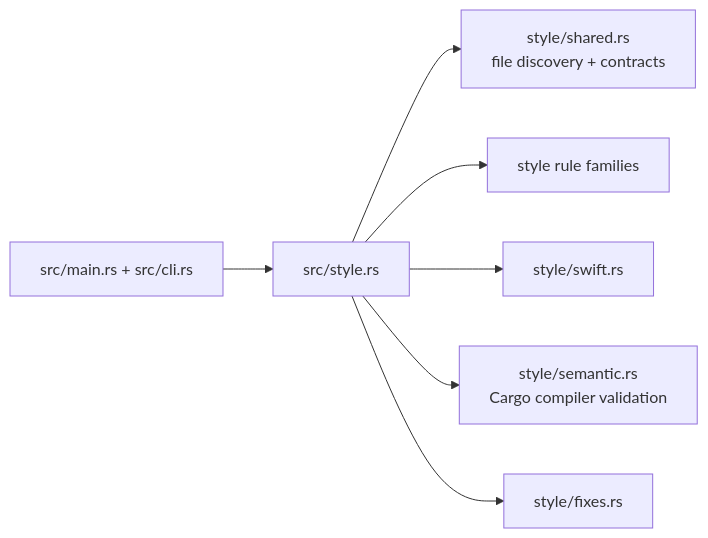
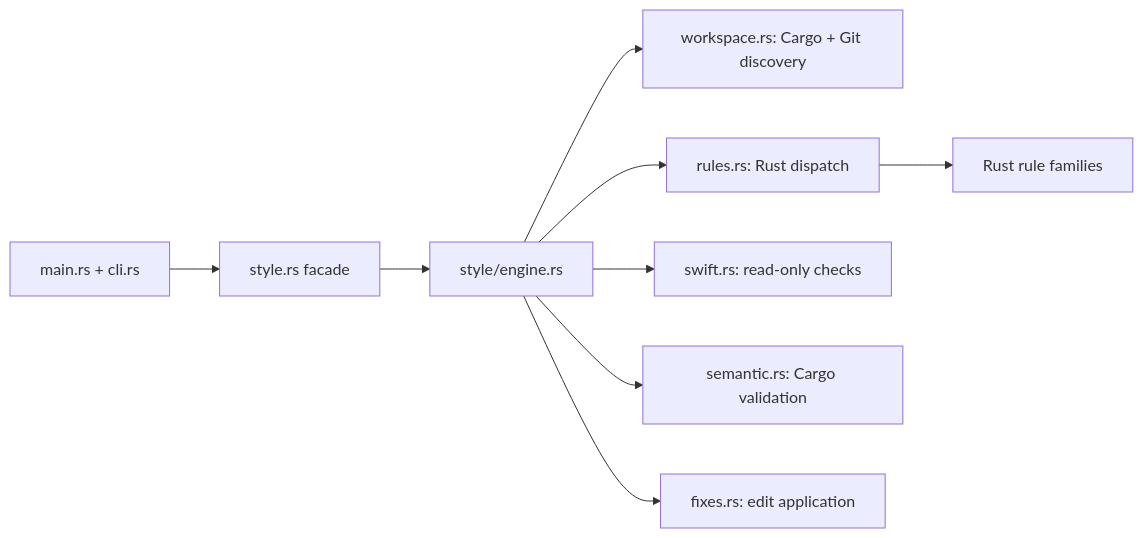
Before and after one commit to acg-box/vibe-style: the diagram in openwiki/architecture/overview.md, drawn with Mermaid. The commit also changed other lines of this file and 37 other files, not shown here.

Commit message:
Update architecture documentation and evidence

````diff
--- a/openwiki/architecture/overview.md
+++ b/openwiki/architecture/overview.md
@@ -22,9 +43,11 @@
 ```mermaid
 flowchart LR
-  CLI["src/main.rs + src/cli.rs"] --> Orchestrator["src/style.rs"]
-  Orchestrator --> Shared["style/shared.rs\nfile discovery + contracts"]
-  Orchestrator --> RustRules["style rule families"]
-  Orchestrator --> Swift["style/swift.rs"]
-  Orchestrator --> Semantic["style/semantic.rs\nCargo compiler validation"]
-  Orchestrator --> Fixes["style/fixes.rs"]
+  CLI["main.rs + cli.rs"] --> Facade["style.rs facade"]
+  Facade --> Engine["style/engine.rs"]
+  Engine --> Workspace["workspace.rs: Cargo + Git discovery"]
+  Engine --> Dispatch["rules.rs: Rust dispatch"]
+  Engine --> Swift["swift.rs: read-only checks"]
+  Engine --> Semantic["semantic.rs: Cargo validation"]
+  Engine --> Fixes["fixes.rs: edit application"]
+  Dispatch --> RustRules["Rust rule families"]
 ```
````
